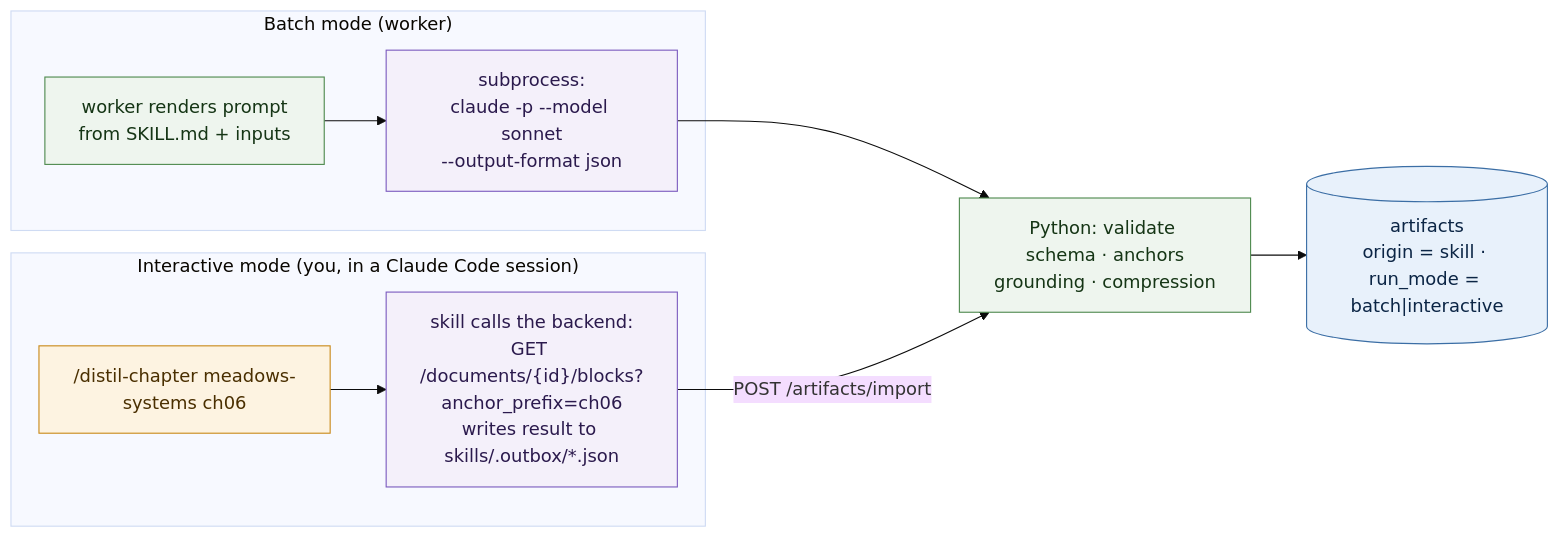
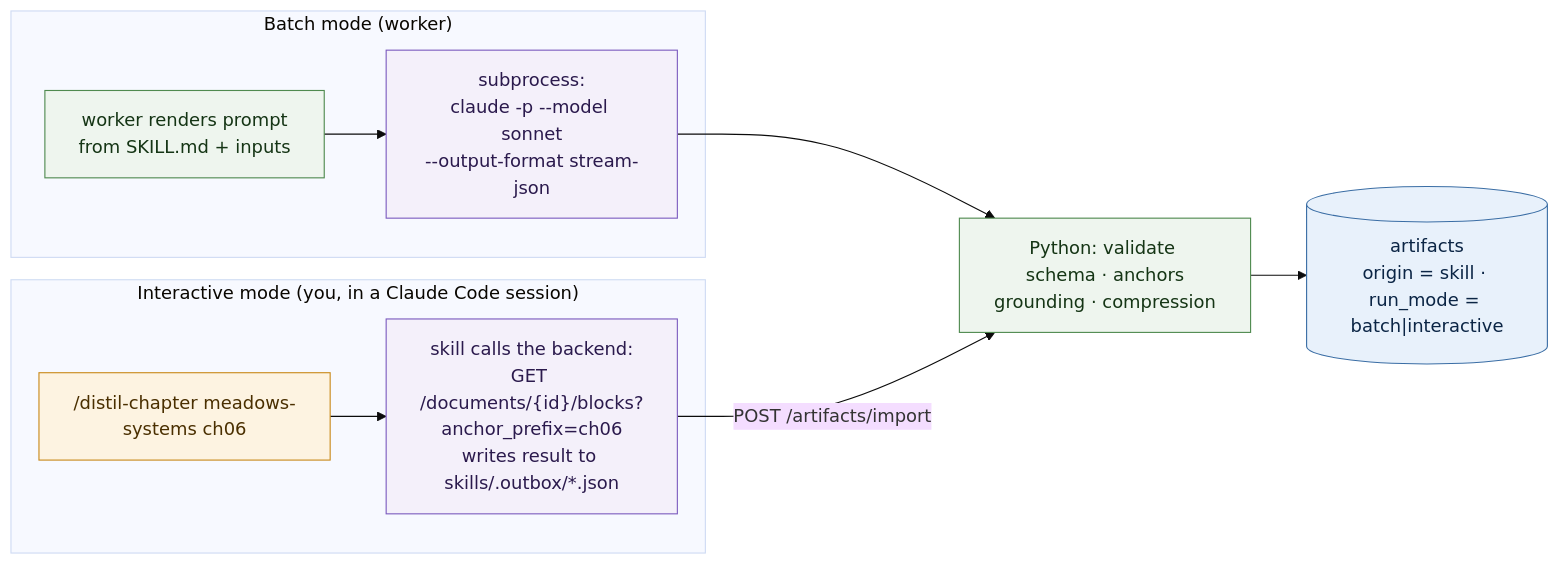
One commit to agharsallah/bookshelf changed the sixth of 15 diagrams in docs/ARCHITECTURE.md. Above: the diagram before and after it, drawn with Mermaid (base theme). The commit also changed other lines of this file and 17 other files, not shown here.

````diff
--- a/docs/ARCHITECTURE.md
+++ b/docs/ARCHITECTURE.md
@@ -490,26 +490,26 @@
 ```mermaid
 flowchart LR
   classDef py fill:#eef5ee,stroke:#4f8a4f,color:#153515
   classDef sk fill:#f4f0fa,stroke:#7c5cbf,color:#2b1a4d
   classDef human fill:#fdf3e1,stroke:#c98a1b,color:#4a2f00
   classDef out fill:#e8f1fb,stroke:#3b6ea5,color:#0b2545
 
   subgraph BATCH["Batch mode (worker)"]
     W["worker renders prompt<br/>from SKILL.md + inputs"]:::py
-    P["subprocess:<br/>claude -p --model sonnet<br/>--output-format json"]:::sk
+    P["subprocess:<br/>claude -p --model sonnet<br/>--output-format stream-json"]:::sk
     W --> P
   end
 
   subgraph INTER["Interactive mode (you, in a Claude Code session)"]
     U["/distil-chapter meadows-systems ch06"]:::human
     T["skill calls the backend:<br/>GET /documents/{id}/blocks?anchor_prefix=ch06<br/>writes result to skills/.outbox/*.json"]:::sk
     U --> T
   end
 
   V["Python: validate schema · anchors<br/>grounding · compression"]:::py
   A[("artifacts<br/>origin = skill · run_mode = batch|interactive")]:::out
 
   P --> V
   T -- "POST /artifacts/import" --> V
   V --> A
 ```
````
